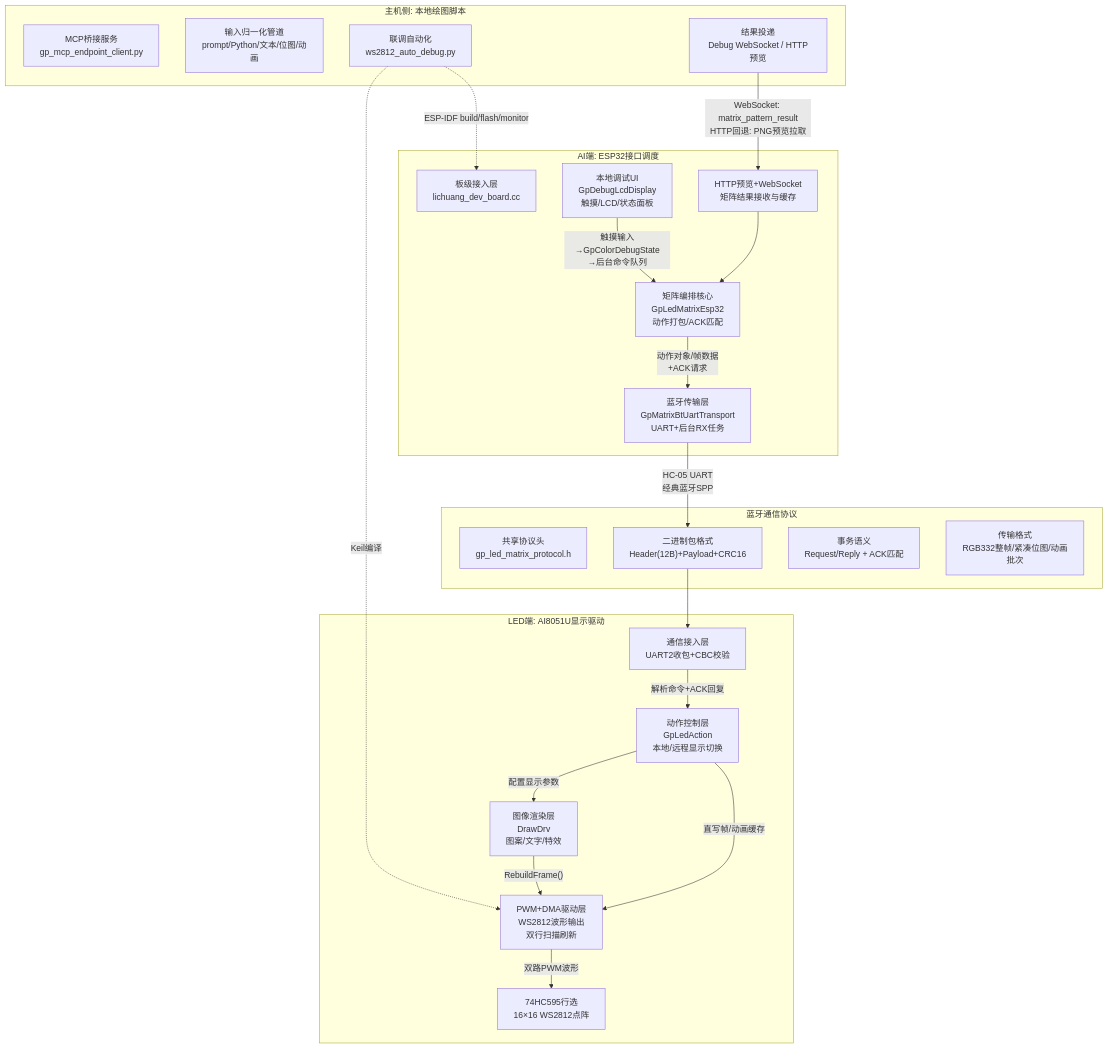
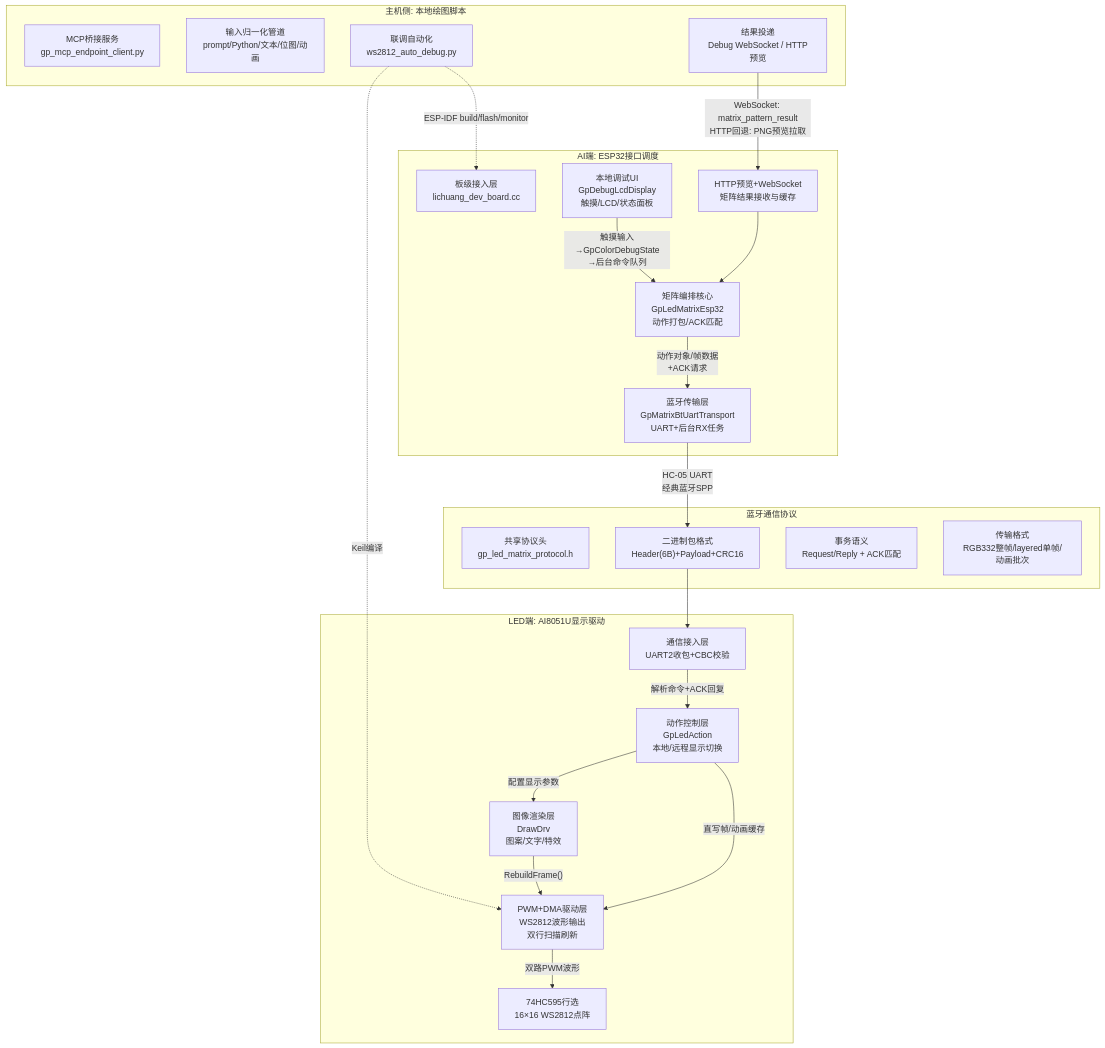
One commit to N3SSS13D/GraduationProject changed the first of 5 diagrams in Doc/毕业论文/software_chapter_draft.md. Above: the diagram before and after it, drawn with Mermaid. The commit also changed other lines of this file and 118 other files, not shown here.

````diff
--- a/Doc/毕业论文/software_chapter_draft.md
+++ b/Doc/毕业论文/software_chapter_draft.md
@@ -28,47 +28,47 @@
 ```mermaid
 flowchart TD
     subgraph HostLayer["主机侧: 本地绘图脚本"]
         H1["MCP桥接服务<br/>gp_mcp_endpoint_client.py"]
         H2["输入归一化管道<br/>prompt/Python/文本/位图/动画"]
         H3["结果投递<br/>Debug WebSocket / HTTP预览"]
         H4["联调自动化<br/>ws2812_auto_debug.py"]
     end
 
     subgraph AILayer["AI端: ESP32接口调度"]
         A1["板级接入层<br/>lichuang_dev_board.cc"]
         A2["本地调试UI<br/>GpDebugLcdDisplay<br/>触摸/LCD/状态面板"]
         A3["矩阵编排核心<br/>GpLedMatrixEsp32<br/>动作打包/ACK匹配"]
         A4["蓝牙传输层<br/>GpMatrixBtUartTransport<br/>UART+后台RX任务"]
         A5["HTTP预览+WebSocket<br/>矩阵结果接收与缓存"]
     end
 
     subgraph ProtoLayer["蓝牙通信协议"]
         P1["共享协议头<br/>gp_led_matrix_protocol.h"]
-        P2["二进制包格式<br/>Header(12B)+Payload+CRC16"]
+        P2["二进制包格式<br/>Header(6B)+Payload+CRC16"]
         P3["事务语义<br/>Request/Reply + ACK匹配"]
-        P4["传输格式<br/>RGB332整帧/紧凑位图/动画批次"]
+        P4["传输格式<br/>RGB332整帧/layered单帧/动画批次"]
     end
 
     subgraph LEDLayer["LED端: AI8051U显示驱动"]
         L1["通信接入层<br/>UART2收包+CBC校验"]
         L2["动作控制层<br/>GpLedAction<br/>本地/远程显示切换"]
         L3["图像渲染层<br/>DrawDrv<br/>图案/文字/特效"]
         L4["PWM+DMA驱动层<br/>WS2812波形输出<br/>双行扫描刷新"]
         L5["74HC595行选<br/>16×16 WS2812点阵"]
     end
 
     H3 -->|"WebSocket: matrix_pattern_result<br/>HTTP回退: PNG预览拉取"| A5
     A5 --> A3
     A2 -->|"触摸输入→GpColorDebugState<br/>→后台命令队列"| A3
     A3 -->|"动作对象/帧数据<br/>+ACK请求"| A4
     A4 -->|"HC-05 UART<br/>经典蓝牙SPP"| P2
     P2 --> L1
     L1 -->|"解析命令+ACK回复"| L2
     L2 -->|"配置显示参数"| L3
     L2 -->|"直写帧/动画缓存"| L4
     L3 -->|"RebuildFrame()"| L4
     L4 -->|"双路PWM波形"| L5
 
     H4 -.->|"Keil编译"| L4
     H4 -.->|"ESP-IDF build/flash/monitor"| A1
 ```
````
